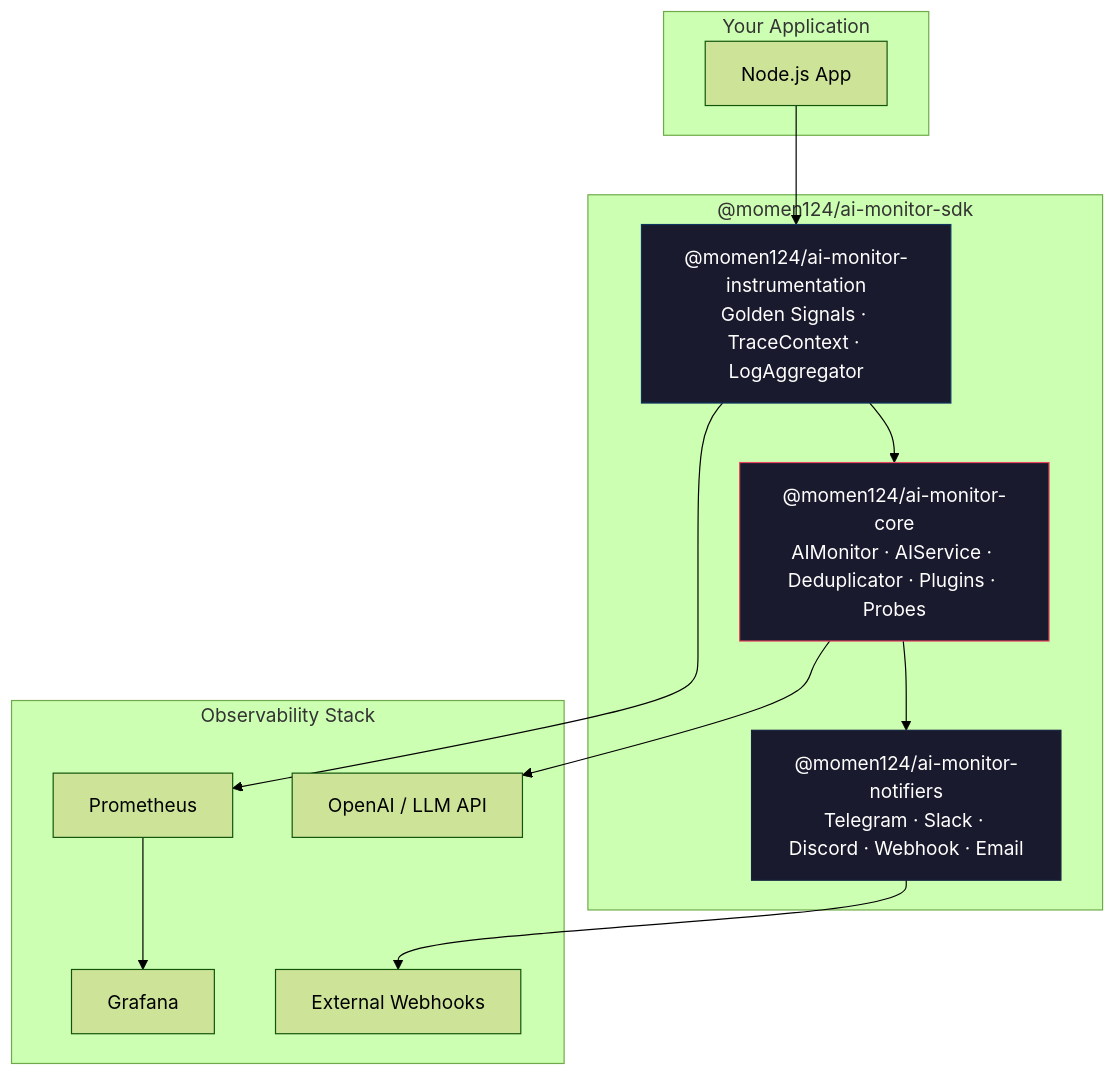
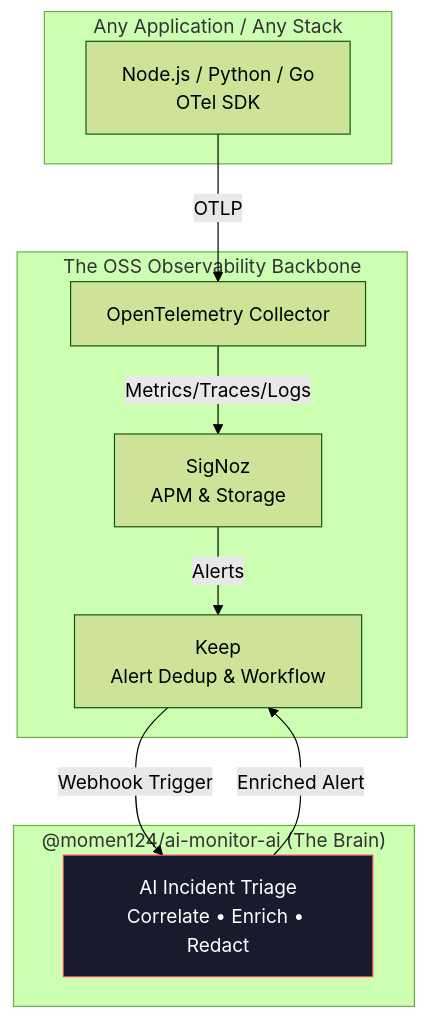
One commit to egysaas25-hub/ai-monitor-sdk changed the diagram in README.md. Above: the diagram before and after it, drawn with Mermaid (forest theme). The commit also changed other lines of this file and 32 other files, not shown here.

Commit message:
docs(architecture): pivot to standalone AI SRE service model and add AI engineer mocks

````diff
--- a/README.md
+++ b/README.md
@@ -12,31 +14,24 @@
 ```mermaid
 graph TB
-    subgraph "Your Application"
-        APP[Node.js App]
+    subgraph "Any Application / Any Stack"
+        APP[Node.js / Python / Go<br/>OTel SDK]
     end
 
-    subgraph "@momen124/ai-monitor-sdk"
-        CORE["@momen124/ai-monitor-core<br/>AIMonitor · AIService · Deduplicator · Plugins · Probes"]
-        INST["@momen124/ai-monitor-instrumentation<br/>Golden Signals · TraceContext · LogAggregator"]
-        NOTIF["@momen124/ai-monitor-notifiers<br/>Telegram · Slack · Discord · Webhook · Email"]
+    subgraph "The OSS Observability Backbone"
+        OTEL[OpenTelemetry Collector]
+        SIG[SigNoz<br/>APM & Storage]
+        KEEP[Keep<br/>Alert Dedup & Workflow]
     end
 
-    subgraph "Observability Stack"
-        PROM[Prometheus]
-        GRAF[Grafana]
-        AI[OpenAI / LLM API]
-        WEBHOOK[External Webhooks]
+    subgraph "@momen124/ai-monitor-ai (The Brain)"
+        AI_ENGINE[AI Incident Triage<br/>Correlate • Enrich • Redact]
     end
 
-    APP --> INST
-    INST --> CORE
-    CORE --> NOTIF
-    CORE --> AI
-    NOTIF --> WEBHOOK
-    INST --> PROM
-    PROM --> GRAF
+    APP -- OTLP --> OTEL
+    OTEL -- Metrics/Traces/Logs --> SIG
+    SIG -- Alerts --> KEEP
+    KEEP -- Webhook Trigger --> AI_ENGINE
+    AI_ENGINE -- Enriched Alert --> KEEP
 
-    style CORE fill:#1a1a2e,stroke:#e94560,color:#fff
-    style INST fill:#1a1a2e,stroke:#0f3460,color:#fff
-    style NOTIF fill:#1a1a2e,stroke:#16213e,color:#fff
+    style AI_ENGINE fill:#1a1a2e,stroke:#e94560,color:#fff
 ```
````
